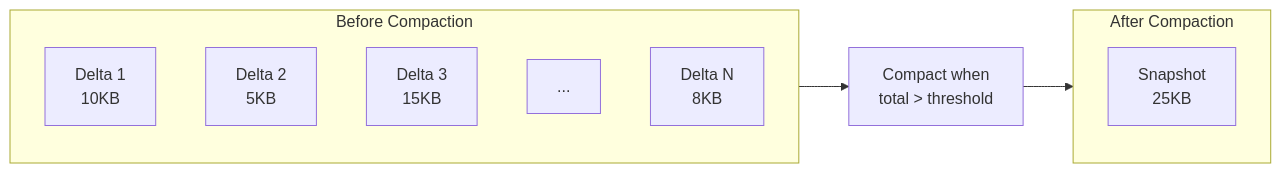
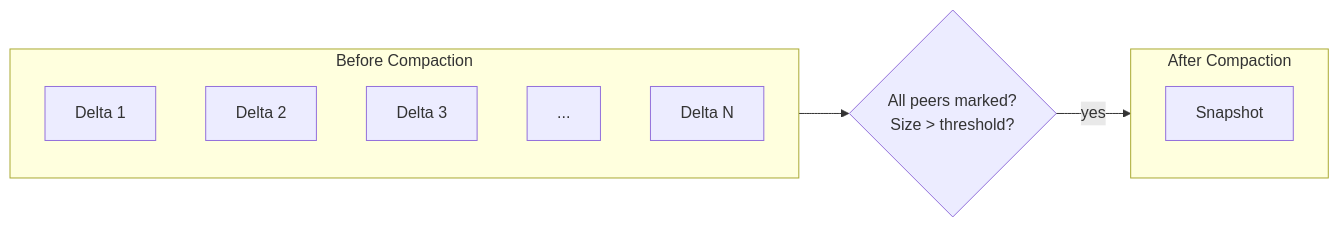
Before and after one commit to robelest/robelest: the fifth of 5 diagrams in journal/2024-12-17-replicate-local-first.md, drawn with Mermaid. The commit also changed other lines of this file, not shown here.

````diff
--- a/journal/2024-12-17-replicate-local-first.md
+++ b/journal/2024-12-17-replicate-local-first.md
@@ -443,18 +1482,19 @@
 ```mermaid
 flowchart LR
     subgraph BEFORE["Before Compaction"]
-        D1[Delta 1<br/>10KB]
-        D2[Delta 2<br/>5KB]
-        D3[Delta 3<br/>15KB]
+        D1[Delta 1]
+        D2[Delta 2]
+        D3[Delta 3]
         D4[...]
-        DN[Delta N<br/>8KB]
+        DN[Delta N]
     end
 
-    COMPACT[Compact when<br/>total > threshold]
+    TRIGGER{All peers marked?<br/>Size > threshold?}
 
     subgraph AFTER["After Compaction"]
-        SNAP[Snapshot<br/>25KB]
+        SNAP[Snapshot]
     end
 
-    BEFORE --> COMPACT --> AFTER
+    BEFORE --> TRIGGER
+    TRIGGER -->|yes| AFTER
 ```
````
